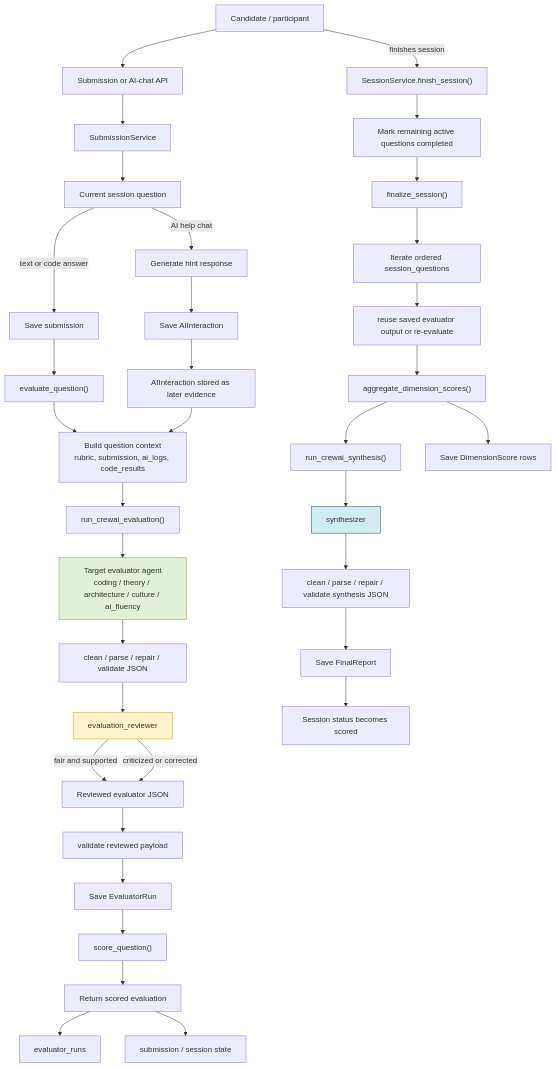
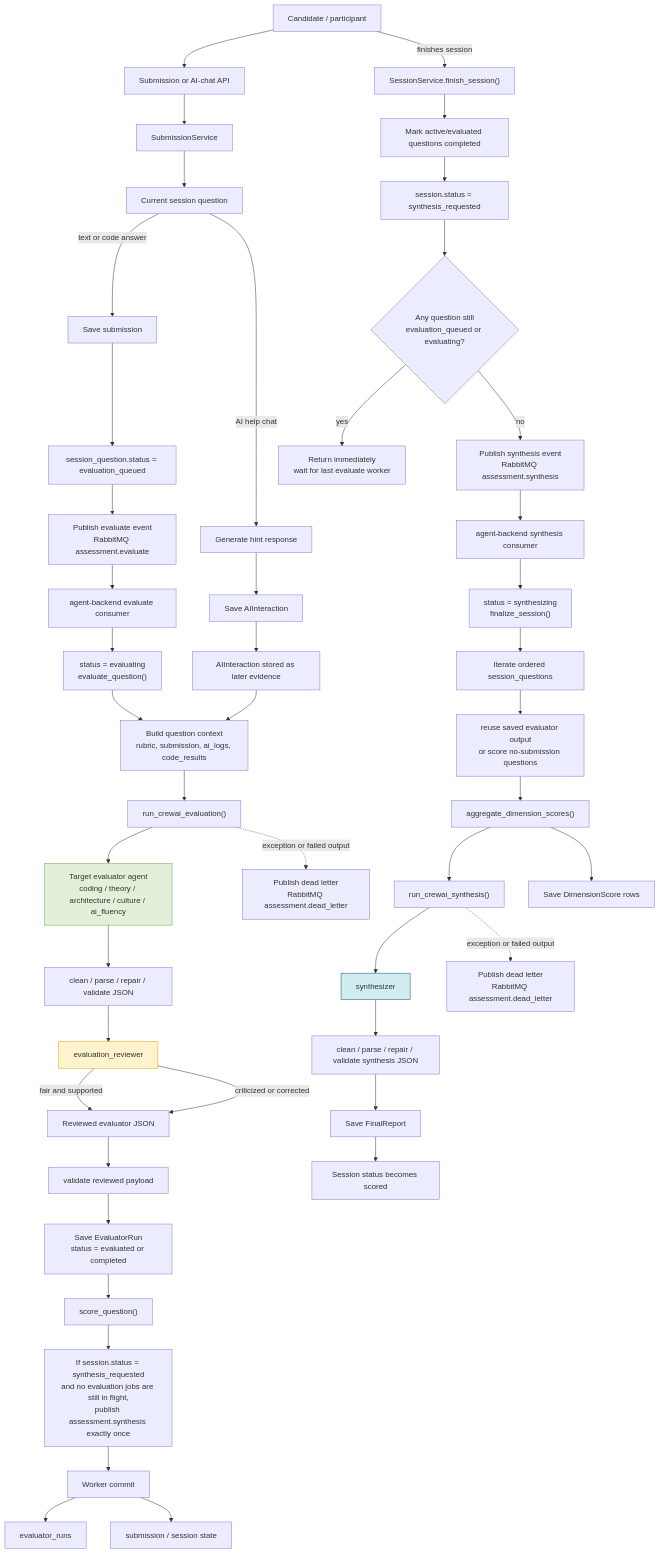
Before and after one commit to PieterJDSw/cohort10: the diagram in mvp-assessment/docs/diagrams/conversation-flow.md, drawn with Mermaid. The commit also changed other lines of this file and 389 other files, not shown here.

First line of the commit message:
Add agent-backend service and update compose

````diff
--- a/mvp-assessment/docs/diagrams/conversation-flow.md
+++ b/mvp-assessment/docs/diagrams/conversation-flow.md
@@ -5,50 +5,61 @@
 ```mermaid
 flowchart TD
     USER["Candidate / participant"] --> API["Submission or AI-chat API"]
     API --> SS["SubmissionService"]
 
     SS --> SQ["Current session question"]
 
     SQ -->|text or code answer| SAVE["Save submission"]
     SQ -->|AI help chat| AICHAT["Generate hint response"]
     AICHAT --> SAVEAI["Save AIInteraction"]
 
-    SAVE --> EVAL["evaluate_question()"]
+    SAVE --> QUEUED["session_question.status = evaluation_queued"]
     SAVEAI --> EVIDENCE["AIInteraction stored as later evidence"]
 
+    QUEUED --> EVALQ["Publish evaluate event<br/>RabbitMQ assessment.evaluate"]
+    EVALQ --> WORKER["agent-backend evaluate consumer"]
+    WORKER --> EVAL["status = evaluating<br/>evaluate_question()"]
     EVAL --> CTX["Build question context<br/>rubric, submission, ai_logs, code_results"]
     CTX --> RUN["run_crewai_evaluation()"]
     EVIDENCE --> CTX
 
     RUN --> EVALAGENT["Target evaluator agent<br/>coding / theory / architecture / culture / ai_fluency"]
     EVALAGENT --> CHECK1["clean / parse / repair / validate JSON"]
     CHECK1 --> REVIEW["evaluation_reviewer"]
     REVIEW -->|fair and supported| FINALOUTPUT["Reviewed evaluator JSON"]
     REVIEW -->|criticized or corrected| FINALOUTPUT["Reviewed evaluator JSON"]
 
     FINALOUTPUT --> CHECK2["validate reviewed payload"]
-    CHECK2 --> PERSISTRUN["Save EvaluatorRun"]
+    CHECK2 --> PERSISTRUN["Save EvaluatorRun<br/>status = evaluated or completed"]
     PERSISTRUN --> SCORE["score_question()"]
-    SCORE --> RESP["Return scored evaluation"]
+    RUN -. exception or failed output .-> EVALDLQ["Publish dead letter<br/>RabbitMQ assessment.dead_letter"]
+    SCORE --> RELEASE["If session.status = synthesis_requested<br/>and no evaluation jobs are still in flight,<br/>publish assessment.synthesis exactly once"]
+    RELEASE --> RESP["Worker commit"]
 
     RESP --> DB1["evaluator_runs"]
     RESP --> DB2["submission / session state"]
 
     USER -->|finishes session| SESSIONAPI["SessionService.finish_session()"]
-    SESSIONAPI --> MARK["Mark remaining active questions completed"]
-    MARK --> FINALIZE["finalize_session()"]
+    SESSIONAPI --> MARK["Mark active/evaluated questions completed"]
+    MARK --> FINREQ["session.status = synthesis_requested"]
+    FINREQ --> READY{"Any question still<br/>evaluation_queued or evaluating?"}
+    READY -->|yes| WAIT["Return immediately<br/>wait for last evaluate worker"]
+    READY -->|no| SYNQ["Publish synthesis event<br/>RabbitMQ assessment.synthesis"]
 
+    SYNQ --> SYNWORKER["agent-backend synthesis consumer"]
+    SYNWORKER --> FINALIZE["status = synthesizing<br/>finalize_session()"]
     FINALIZE --> LOOP["Iterate ordered session_questions"]
-    LOOP --> SCORED["reuse saved evaluator output or re-evaluate"]
+    LOOP --> SCORED["reuse saved evaluator output<br/>or score no-submission questions"]
     SCORED --> DIM["aggregate_dimension_scores()"]
     DIM --> SYN["run_crewai_synthesis()"]
     SYN --> SYNAGENT["synthesizer"]
     SYNAGENT --> SYNCHECK["clean / parse / repair / validate synthesis JSON"]
+    SYN -. exception or failed output .-> SYNDLQ["Publish dead letter<br/>RabbitMQ assessment.dead_letter"]
     SYNCHECK --> REPORT["Save FinalReport"]
     DIM --> DIMSAVE["Save DimensionScore rows"]
     REPORT --> OUT["Session status becomes scored"]
 
     style REVIEW fill:#fff3cd,stroke:#d39e00,color:#333
     style SYNAGENT fill:#d1ecf1,stroke:#0c5460,color:#333
     style EVALAGENT fill:#e2f0d9,stroke:#6aa84f,color:#333
 ```
````
